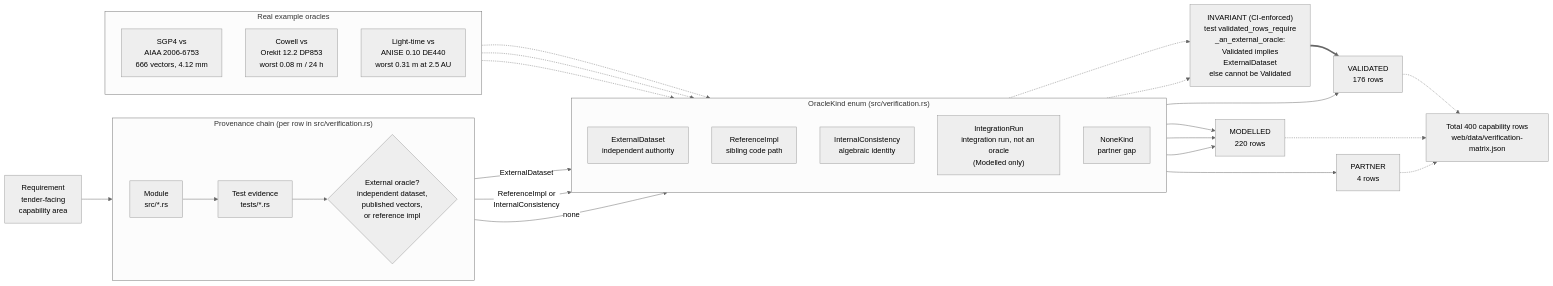
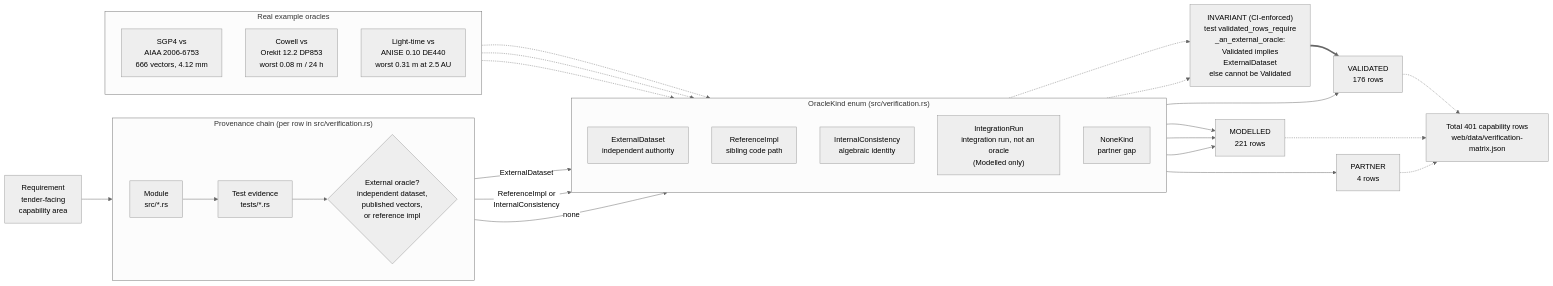
The diagram in docs/diagrams/validation-provenance.mmd (ashfordeOU/kshana), drawn with Mermaid (neutral theme) before and after one commit. The commit also changed 11 other files, not shown here.

Commit message:
0.40 count surfaces for 401 rows (176/221/4): README family, provenance diagram, validation figures

```diff
--- a/docs/diagrams/validation-provenance.mmd
+++ b/docs/diagrams/validation-provenance.mmd
@@ -1,51 +1,51 @@
 flowchart LR
     REQ["Requirement<br/>tender-facing<br/>capability area"]
 
     subgraph CHAIN["Provenance chain (per row in src/verification.rs)"]
         direction LR
         MOD["Module<br/>src/*.rs"]
         TST["Test evidence<br/>tests/*.rs"]
         ORA{"External oracle?<br/>independent dataset,<br/>published vectors,<br/>or reference impl"}
     end
 
     REQ --> MOD --> TST --> ORA
 
     subgraph KINDS["OracleKind enum (src/verification.rs)"]
         direction TD
         EXT["ExternalDataset<br/>independent authority"]
         REF["ReferenceImpl<br/>sibling code path"]
         INT["InternalConsistency<br/>algebraic identity"]
         IRN["IntegrationRun<br/>integration run, not an oracle<br/>(Modelled only)"]
         NON["NoneKind<br/>partner gap"]
     end
 
     ORA -->|ExternalDataset| EXT
     ORA -->|"ReferenceImpl or<br/>InternalConsistency"| INT
     ORA -->|none| NON
 
     GUARD["INVARIANT (CI-enforced)<br/>test validated_rows_require<br/>_an_external_oracle:<br/>Validated implies<br/>ExternalDataset<br/>else cannot be Validated"]
     EXT -.-> GUARD
     INT -.-> GUARD
 
     EXT --> VAL["VALIDATED<br/>176 rows"]
-    REF --> MDL["MODELLED<br/>220 rows"]
+    REF --> MDL["MODELLED<br/>221 rows"]
     INT --> MDL
     IRN --> MDL
     NON --> PRT["PARTNER<br/>4 rows"]
     GUARD ==> VAL
 
     subgraph EX["Real example oracles"]
         direction TD
         E1["SGP4 vs<br/>AIAA 2006-6753<br/>666 vectors, 4.12 mm"]
         E2["Cowell vs<br/>Orekit 12.2 DP853<br/>worst 0.08 m / 24 h"]
         E3["Light-time vs<br/>ANISE 0.10 DE440<br/>worst 0.31 m at 2.5 AU"]
     end
 
     E1 -.-> EXT
     E2 -.-> EXT
     E3 -.-> EXT
 
-    TOTAL["Total 400 capability rows<br/>web/data/verification-matrix.json"]
+    TOTAL["Total 401 capability rows<br/>web/data/verification-matrix.json"]
     VAL -.-> TOTAL
     MDL -.-> TOTAL
     PRT -.-> TOTAL
```
